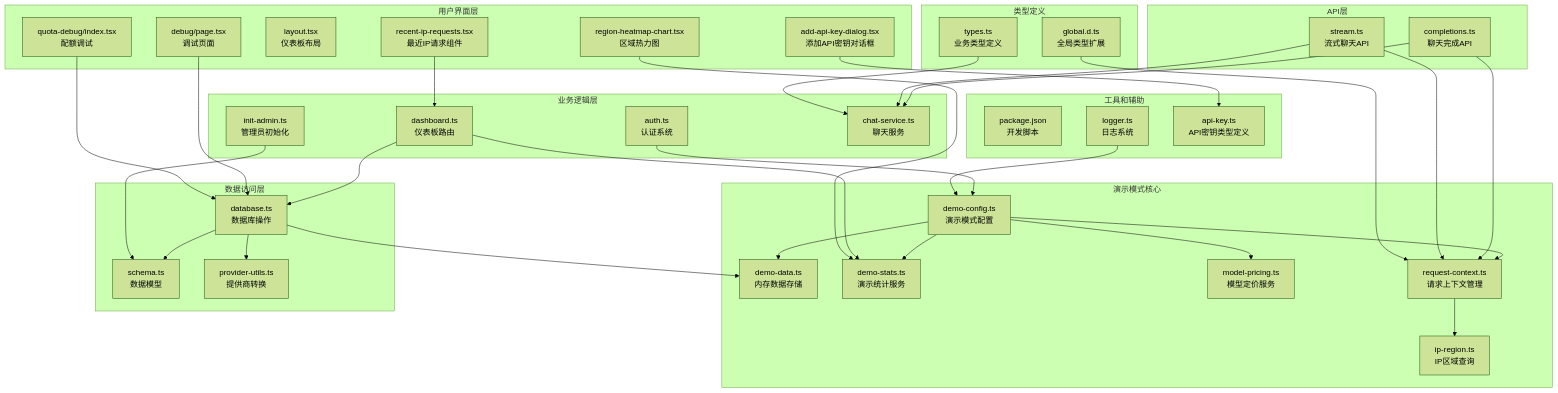
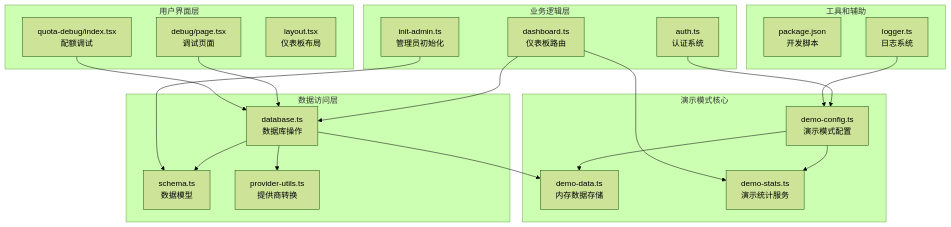
One commit to RadiumAg/AIGate changed the first of 8 diagrams in .qoder/repowiki/zh/content/核心功能/演示模式系统.md. Above: the diagram before and after it, drawn with Mermaid (forest theme). The commit also changed other lines of this file and 15 other files, not shown here.

````diff
--- a/.qoder/repowiki/zh/content/核心功能/演示模式系统.md
+++ b/.qoder/repowiki/zh/content/核心功能/演示模式系统.md
@@ -77,67 +58,39 @@
 ```mermaid
 graph TB
 subgraph "演示模式核心"
 DC[demo-config.ts<br/>演示模式配置]
 DD[demo-data.ts<br/>内存数据存储]
 DS[demo-stats.ts<br/>演示统计服务]
-MP[model-pricing.ts<br/>模型定价服务]
-RC[request-context.ts<br/>请求上下文管理]
-IR[ip-region.ts<br/>IP区域查询]
 end
 subgraph "数据访问层"
 DB[database.ts<br/>数据库操作]
 SC[schema.ts<br/>数据模型]
 PU[provider-utils.ts<br/>提供商转换]
 end
 subgraph "业务逻辑层"
 DR[dashboard.ts<br/>仪表板路由]
 AU[auth.ts<br/>认证系统]
 IL[init-admin.ts<br/>管理员初始化]
-CS[chat-service.ts<br/>聊天服务]
-end
-subgraph "API层"
-CPT[completions.ts<br/>聊天完成API]
-STR[stream.ts<br/>流式聊天API]
 end
 subgraph "用户界面层"
 DP[debug/page.tsx<br/>调试页面]
 QD[quota-debug/index.tsx<br/>配额调试]
 DL[layout.tsx<br/>仪表板布局]
-RHC[region-heatmap-chart.tsx<br/>区域热力图]
-AKD[add-api-key-dialog.tsx<br/>添加API密钥对话框]
-RIR[recent-ip-requests.tsx<br/>最近IP请求组件]
-end
-subgraph "类型定义"
-GT[global.d.ts<br/>全局类型扩展]
-TS[types.ts<br/>业务类型定义]
 end
 subgraph "工具和辅助"
 PKG[package.json<br/>开发脚本]
 LG[logger.ts<br/>日志系统]
-TK[api-key.ts<br/>API密钥类型定义]
 end
 DC --> DD
 DC --> DS
-DC --> MP
-DC --> RC
-RC --> IR
 DB --> DD
 DB --> SC
 DB --> PU
 DR --> DS
 DR --> DB
-CPT --> RC
-STR --> RC
-CPT --> CS
-STR --> CS
 DP --> DB
 QD --> DB
 AU --> DC
 IL --> SC
-AKD --> TK
 LG --> DC
-RHC --> DS
-RIR --> DR
-GT --> RC
-TS --> CS
 ```
````
